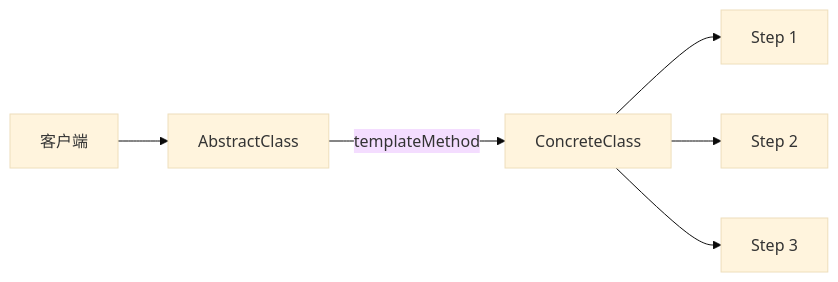
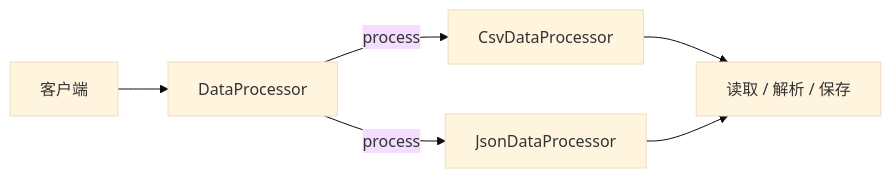
One commit to JulianZhuCode/23-design-pattern changed the first of 2 diagrams in design-patternz/src/main/java/com/zhuzz/design/patternz/templatemethod/dataprocessor/README.zh.md. Above: the diagram before and after it, drawn with Mermaid (base theme). The commit also changed other lines of this file and 19 other files, not shown here.

````diff
--- a/design-patternz/src/main/java/com/zhuzz/design/patternz/templatemethod/dataprocessor/README.zh.md
+++ b/design-patternz/src/main/java/com/zhuzz/design/patternz/templatemethod/dataprocessor/README.zh.md
@@ -7,8 +7,8 @@
 ```mermaid
 flowchart LR
-    C[客户端] --> A[AbstractClass]
-    A -->|templateMethod| CC[ConcreteClass]
-    CC --> S1[Step 1]
-    CC --> S2[Step 2]
-    CC --> S3[Step 3]
+    C[客户端] --> D[DataProcessor]
+    D -->|process| CSV[CsvDataProcessor]
+    D -->|process| JSON[JsonDataProcessor]
+    CSV --> S[读取 / 解析 / 保存]
+    JSON --> S
 ```
````
